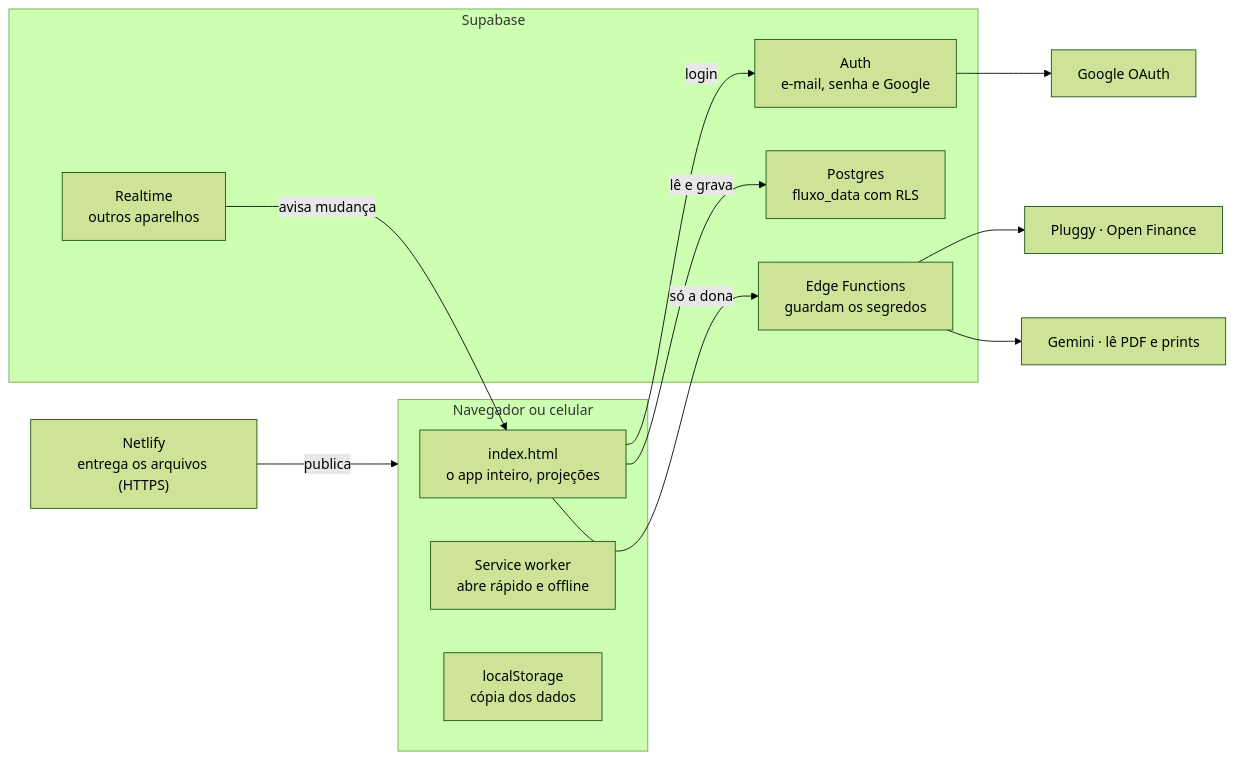
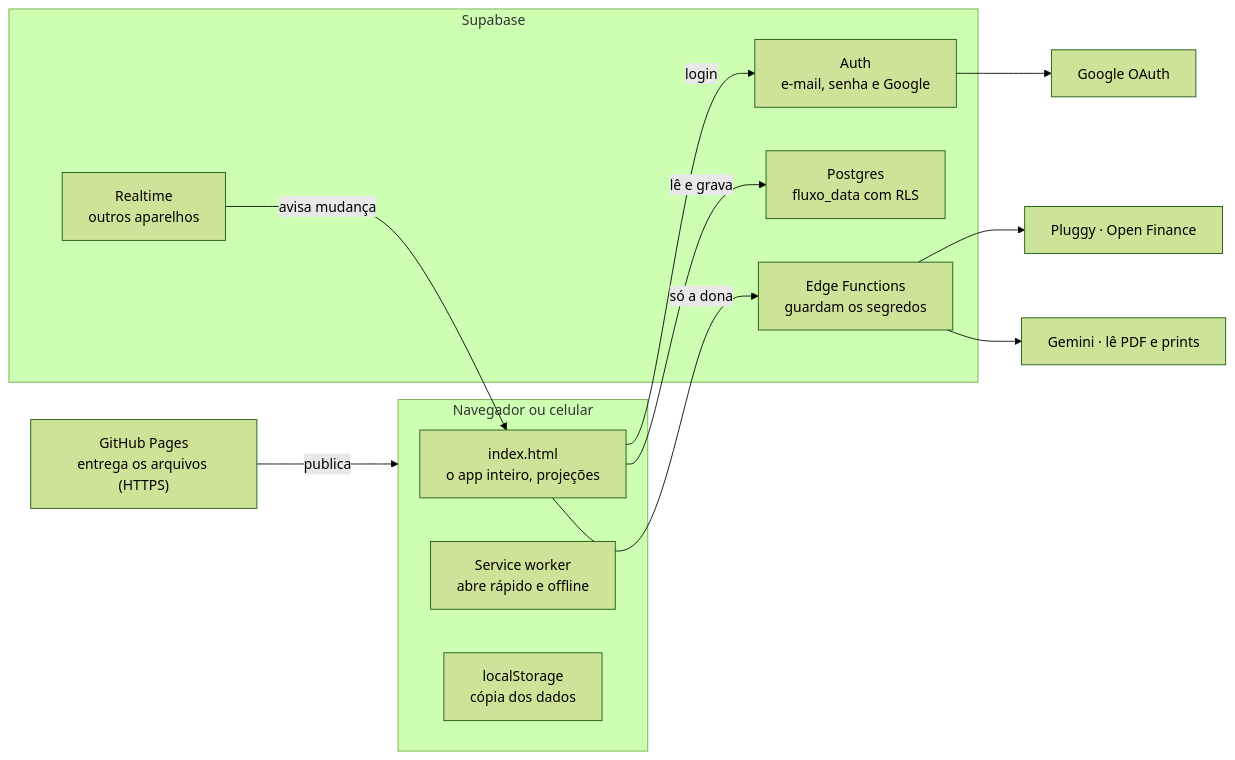
One commit to Jullross/fluxo-previsto changed the diagram in docs/ARQUITETURA.md. Above: the diagram before and after it, drawn with Mermaid (forest theme). The commit also changed other lines of this file and 16 other files, not shown here.

First line of the commit message:
v20: hospedagem no GitHub Pages no lugar do Netlify

````diff
--- a/docs/ARQUITETURA.md
+++ b/docs/ARQUITETURA.md
@@ -5,22 +5,22 @@
 ```mermaid
 flowchart LR
   subgraph NAV["Navegador ou celular"]
     APP["index.html<br/>o app inteiro, projeções"]
     SW["Service worker<br/>abre rápido e offline"]
     LS["localStorage<br/>cópia dos dados"]
   end
   subgraph SB["Supabase"]
     AUTH["Auth<br/>e-mail, senha e Google"]
     PG["Postgres<br/>fluxo_data com RLS"]
     RT["Realtime<br/>outros aparelhos"]
     EF["Edge Functions<br/>guardam os segredos"]
   end
-  NET["Netlify<br/>entrega os arquivos (HTTPS)"] -->|publica| NAV
+  NET["GitHub Pages<br/>entrega os arquivos (HTTPS)"] -->|publica| NAV
   APP -->|login| AUTH
   APP -->|lê e grava| PG
   RT -->|avisa mudança| APP
   APP -->|só a dona| EF
   AUTH --> GOO["Google OAuth"]
   EF --> PLU["Pluggy · Open Finance"]
   EF --> GEM["Gemini · lê PDF e prints"]
 ```
````
